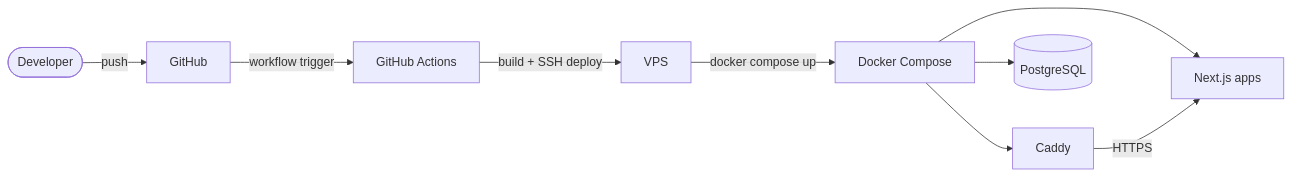
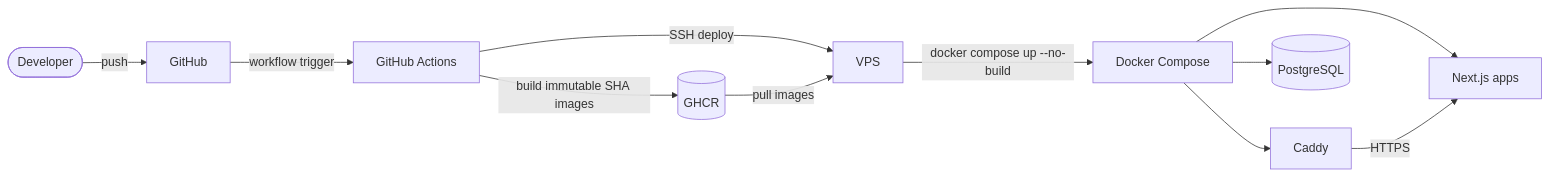
Before and after one commit to AliSafari-IT/asafarim-platform: the third of 3 diagrams in README.md, drawn with Mermaid. The commit also changed 12 other files, not shown here.

````diff
--- a/README.md
+++ b/README.md
@@ -181,20 +181,24 @@
 ```mermaid
 flowchart LR
     Dev([Developer])
     GH[GitHub]
     Actions[GitHub Actions]
     VPS[VPS]
     Docker[Docker Compose]
     Caddy[Caddy]
     Apps[Next.js apps]
     DB[(PostgreSQL)]
 
     Dev -->|push| GH
     GH -->|workflow trigger| Actions
-    Actions -->|build + SSH deploy| VPS
-    VPS -->|docker compose up| Docker
+    Registry[(GHCR)]
+
+    Actions -->|build immutable SHA images| Registry
+    Actions -->|SSH deploy| VPS
+    Registry -->|pull images| VPS
+    VPS -->|docker compose up --no-build| Docker
     Docker --> Apps
     Docker --> Caddy
     Caddy -->|HTTPS| Apps
     Docker --> DB
 ```
````
